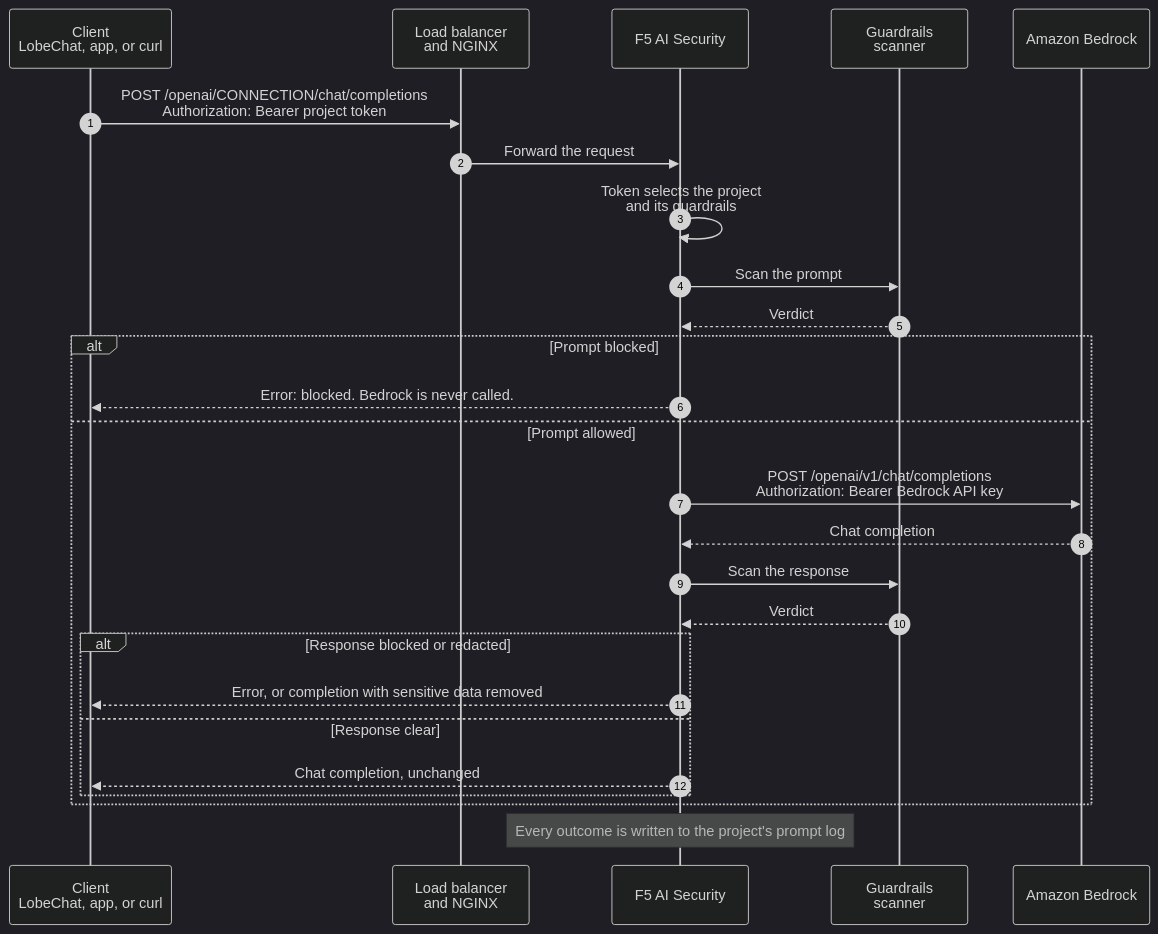
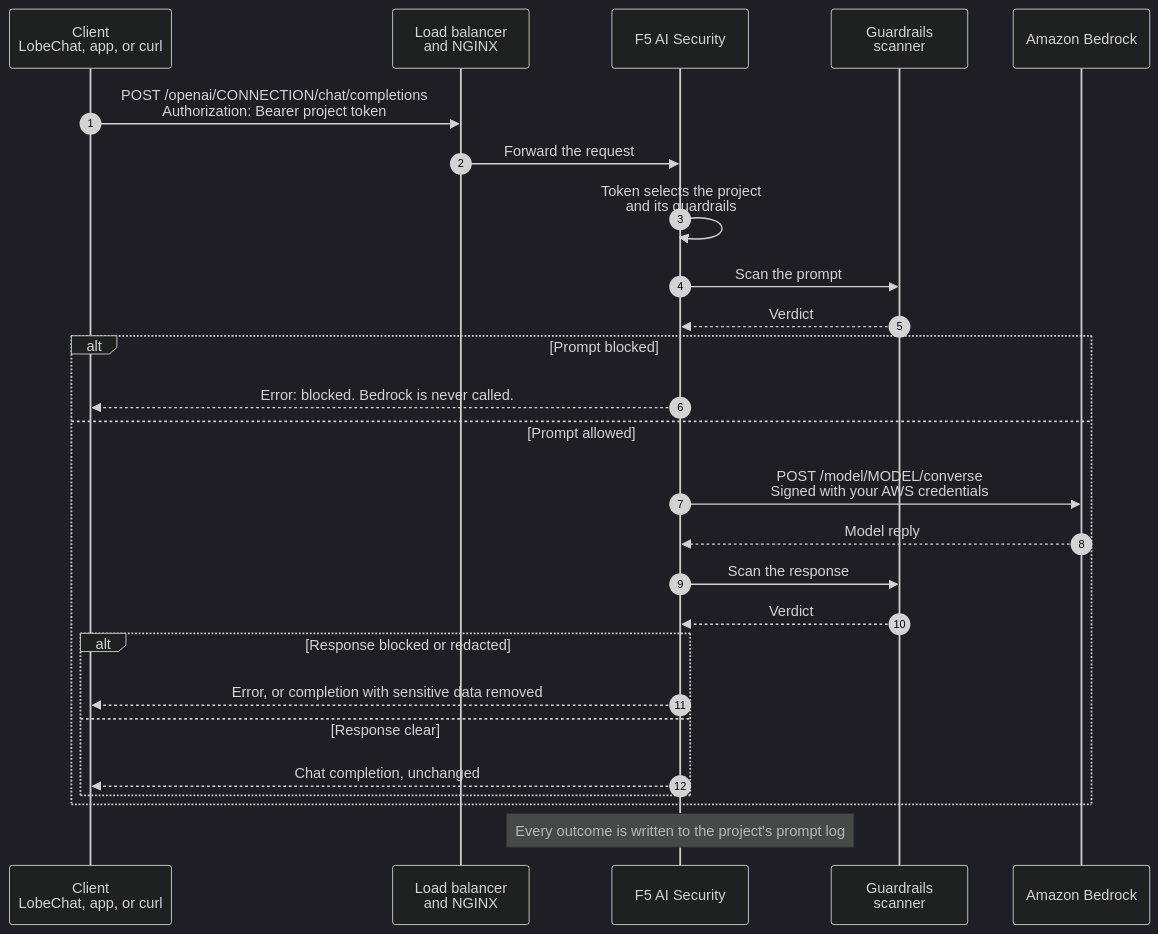
The second of 3 diagrams in docs/ai-security-eks-lab-guide.md (MarScope/f5-guardrail-cm), drawn with Mermaid (dark theme) before and after one commit. The commit also changed other lines of this file and 4 other files, not shown here.

````diff
--- a/docs/ai-security-eks-lab-guide.md
+++ b/docs/ai-security-eks-lab-guide.md
@@ -77,29 +77,29 @@
 ```mermaid
 sequenceDiagram
   autonumber
   participant C as Client<br/>LobeChat, app, or curl
   participant N as Load balancer<br/>and NGINX
   participant F as F5 AI Security
   participant S as Guardrails<br/>scanner
   participant B as Amazon Bedrock
 
   C->>N: POST /openai/CONNECTION/chat/completions<br/>Authorization: Bearer project token
   N->>F: Forward the request
   F->>F: Token selects the project<br/>and its guardrails
   F->>S: Scan the prompt
   S-->>F: Verdict
   alt Prompt blocked
     F-->>C: Error: blocked. Bedrock is never called.
   else Prompt allowed
-    F->>B: POST /openai/v1/chat/completions<br/>Authorization: Bearer Bedrock API key
-    B-->>F: Chat completion
+    F->>B: POST /model/MODEL/converse<br/>Signed with your AWS credentials
+    B-->>F: Model reply
     F->>S: Scan the response
     S-->>F: Verdict
     alt Response blocked or redacted
       F-->>C: Error, or completion with sensitive data removed
     else Response clear
       F-->>C: Chat completion, unchanged
     end
   end
   Note over F: Every outcome is written to the project's prompt log
 ```
````
